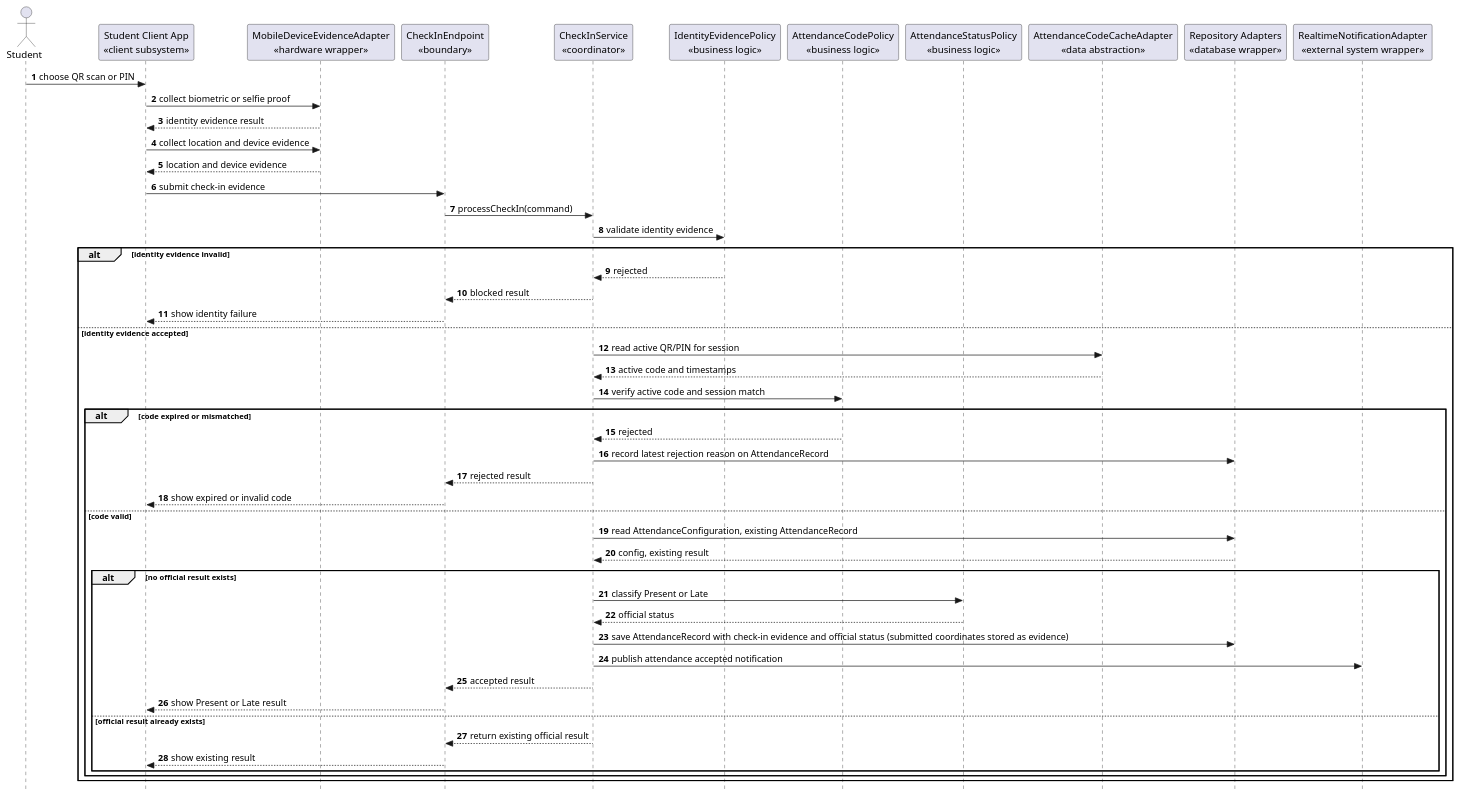
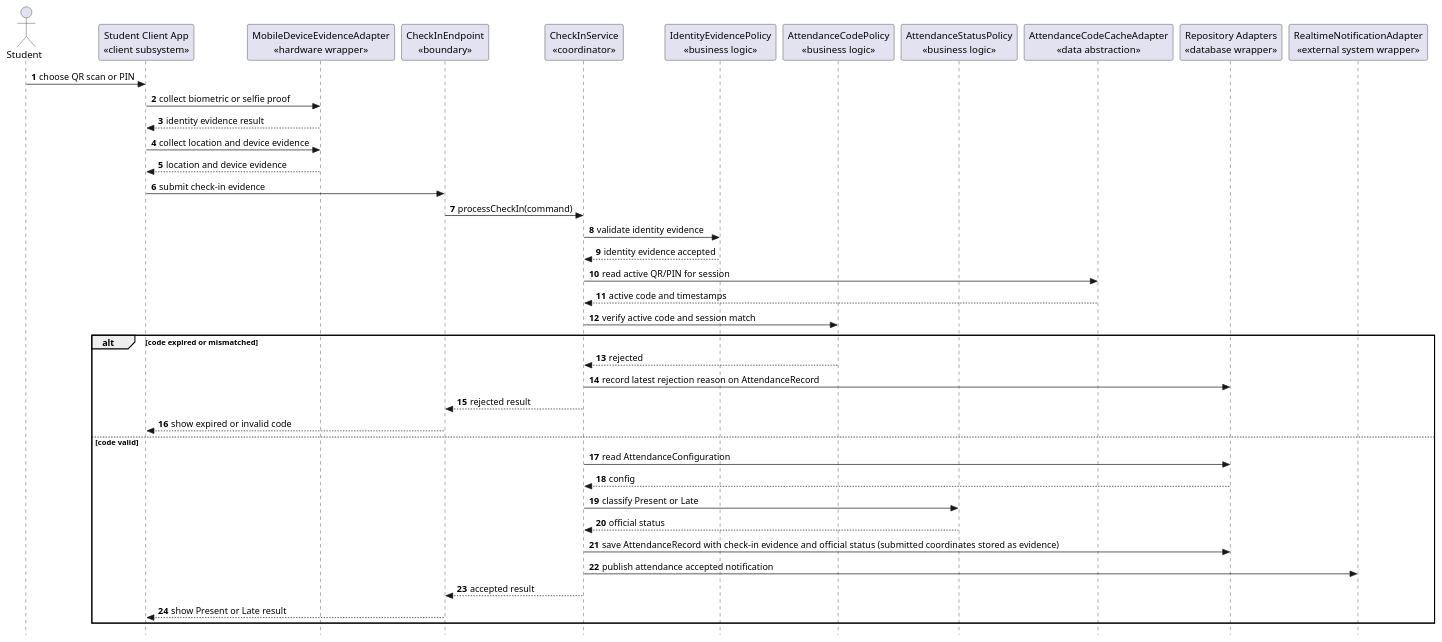
One commit to nttung42/SWD392 changed the fourth of 7 diagrams in docs/rds/3_Design.md. Above: the diagram before and after it, drawn with PlantUML. The commit also changed other lines of this file and 3 other files, not shown here.

````diff
--- a/docs/rds/3_Design.md
+++ b/docs/rds/3_Design.md
@@ -358,59 +356,47 @@
 ```plantuml
 @startuml
 skinparam style strictuml
 autonumber
 
 actor "Student" as Student
 participant "Student Client App\n«client subsystem»" as StudentApp
 participant "MobileDeviceEvidenceAdapter\n«hardware wrapper»" as DeviceAdapter
 participant "CheckInEndpoint\n«boundary»" as CheckInEndpoint
 participant "CheckInService\n«coordinator»" as CheckInService
 participant "IdentityEvidencePolicy\n«business logic»" as IdentityPolicy
 participant "AttendanceCodePolicy\n«business logic»" as CodePolicy
 participant "AttendanceStatusPolicy\n«business logic»" as StatusPolicy
 participant "AttendanceCodeCacheAdapter\n«data abstraction»" as CodeCache
 participant "Repository Adapters\n«database wrapper»" as Repository
 participant "RealtimeNotificationAdapter\n«external system wrapper»" as Realtime
 
 Student -> StudentApp : choose QR scan or PIN
 StudentApp -> DeviceAdapter : collect biometric or selfie proof
 DeviceAdapter --> StudentApp : identity evidence result
 StudentApp -> DeviceAdapter : collect location and device evidence
 DeviceAdapter --> StudentApp : location and device evidence
 StudentApp -> CheckInEndpoint : submit check-in evidence
 CheckInEndpoint -> CheckInService : processCheckIn(command)
 CheckInService -> IdentityPolicy : validate identity evidence
+IdentityPolicy --> CheckInService : identity evidence accepted
+CheckInService -> CodeCache : read active QR/PIN for session
+CodeCache --> CheckInService : active code and timestamps
+CheckInService -> CodePolicy : verify active code and session match
 
-alt identity evidence invalid
-  IdentityPolicy --> CheckInService : rejected
-  CheckInService --> CheckInEndpoint : blocked result
-  CheckInEndpoint --> StudentApp : show identity failure
-else identity evidence accepted
-  CheckInService -> CodeCache : read active QR/PIN for session
-  CodeCache --> CheckInService : active code and timestamps
-  CheckInService -> CodePolicy : verify active code and session match
-
-  alt code expired or mismatched
-    CodePolicy --> CheckInService : rejected
-    CheckInService -> Repository : record latest rejection reason on AttendanceRecord
-    CheckInService --> CheckInEndpoint : rejected result
-    CheckInEndpoint --> StudentApp : show expired or invalid code
-  else code valid
-    CheckInService -> Repository : read AttendanceConfiguration, existing AttendanceRecord
-    Repository --> CheckInService : config, existing result
-
-    alt no official result exists
-      CheckInService -> StatusPolicy : classify Present or Late
-      StatusPolicy --> CheckInService : official status
-      CheckInService -> Repository : save AttendanceRecord with check-in evidence and official status (submitted coordinates stored as evidence)
-      CheckInService -> Realtime : publish attendance accepted notification
-      CheckInService --> CheckInEndpoint : accepted result
-      CheckInEndpoint --> StudentApp : show Present or Late result
-    else official result already exists
-      CheckInService --> CheckInEndpoint : return existing official result
-      CheckInEndpoint --> StudentApp : show existing result
-    end
-  end
+alt code expired or mismatched
+  CodePolicy --> CheckInService : rejected
+  CheckInService -> Repository : record latest rejection reason on AttendanceRecord
+  CheckInService --> CheckInEndpoint : rejected result
+  CheckInEndpoint --> StudentApp : show expired or invalid code
+else code valid
+  CheckInService -> Repository : read AttendanceConfiguration
+  Repository --> CheckInService : config
+  CheckInService -> StatusPolicy : classify Present or Late
+  StatusPolicy --> CheckInService : official status
+  CheckInService -> Repository : save AttendanceRecord with check-in evidence and official status (submitted coordinates stored as evidence)
+  CheckInService -> Realtime : publish attendance accepted notification
+  CheckInService --> CheckInEndpoint : accepted result
+  CheckInEndpoint --> StudentApp : show Present or Late result
 end
 @enduml
 ```
````
